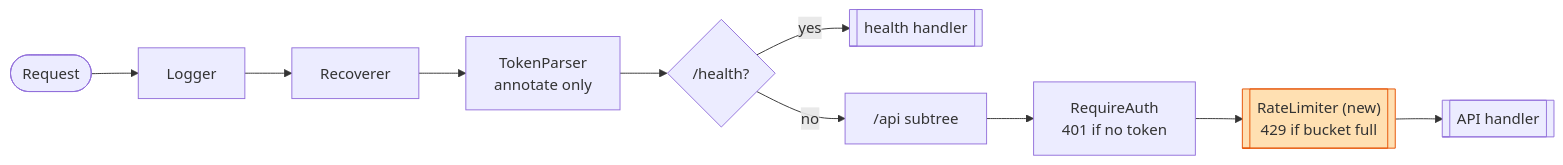
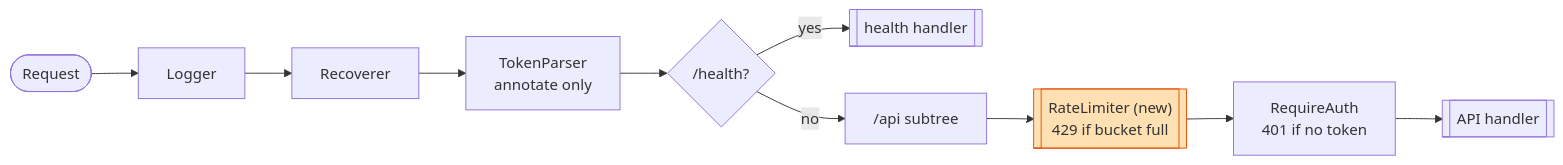
One commit to kam-weave/leaky-bucket changed the diagram in docs/architecture-go.md. Above: the diagram before and after it, drawn with Mermaid. The commit also changed other lines of this file and 4 other files, not shown here.

````diff
--- a/docs/architecture-go.md
+++ b/docs/architecture-go.md
@@ -17,12 +17,12 @@
 ```mermaid
 %%{init: {'theme':'default'}}%%
 flowchart LR
     req([Request]) --> log[Logger] --> rec[Recoverer] --> tp[TokenParser<br/>annotate only]
     tp --> health{"/health?"}
     health -- yes --> h[["health handler"]]
     health -- no --> api["/api subtree"]
-    api --> ra[RequireAuth<br/>401 if no token]
-    ra --> rl[["RateLimiter (new)<br/>429 if bucket full"]]
-    rl --> hdl[[API handler]]
+    api --> rl[["RateLimiter (new)<br/>429 if bucket full"]]
+    rl --> ra[RequireAuth<br/>401 if no token]
+    ra --> hdl[[API handler]]
     style rl fill:#ffe0b2,stroke:#e65100
 ```
````
